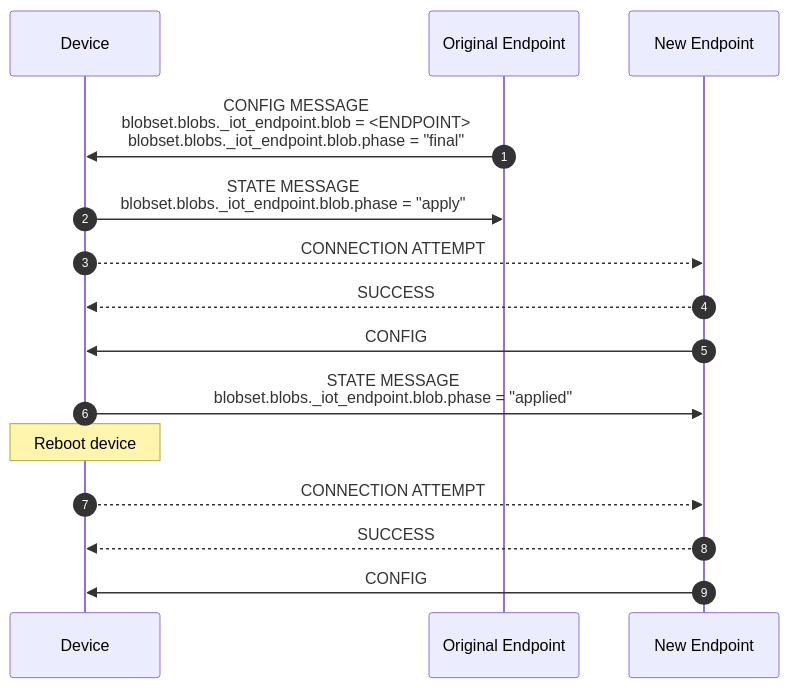
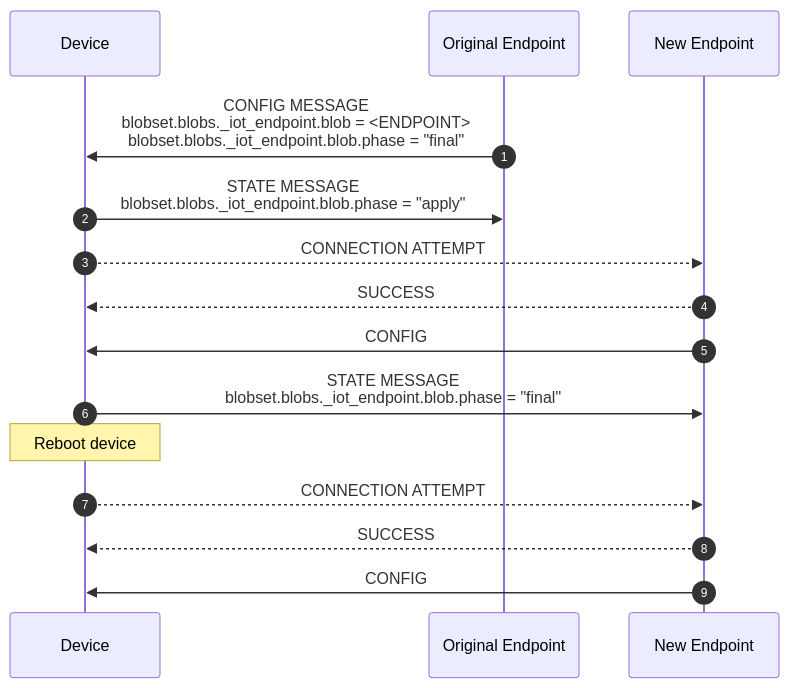
Before and after one commit to faucetsdn/udmi: the first of 2 diagrams in docs/specs/sequences/endpoint_reconfiguration.md, drawn with Mermaid.

Commit message:
save commit and push changes ..

````diff
--- a/docs/specs/sequences/endpoint_reconfiguration.md
+++ b/docs/specs/sequences/endpoint_reconfiguration.md
@@ -16,18 +16,18 @@
 ```mermaid
 %%{wrap}%%
 sequenceDiagram
     autonumber
     participant D as Device
     participant E as Original Endpoint
     participant E' as New Endpoint
     E->>D:CONFIG MESSAGE<br>blobset.blobs._iot_endpoint.blob = <ENDPOINT><br>blobset.blobs._iot_endpoint.blob.phase = "final"
     D->>E:STATE MESSAGE<BR>blobset.blobs._iot_endpoint.blob.phase = "apply"
     D-->>E':CONNECTION ATTEMPT
     E'-->>D:SUCCESS
     E'->>D:CONFIG
-    D->>E':STATE MESSAGE<BR>blobset.blobs._iot_endpoint.blob.phase = "applied"
+    D->>E':STATE MESSAGE<BR>blobset.blobs._iot_endpoint.blob.phase = "final"
     note over D: Reboot device
     D-->>E':CONNECTION ATTEMPT
     E'-->>D:SUCCESS
     E'->>D:CONFIG
 ```
````
